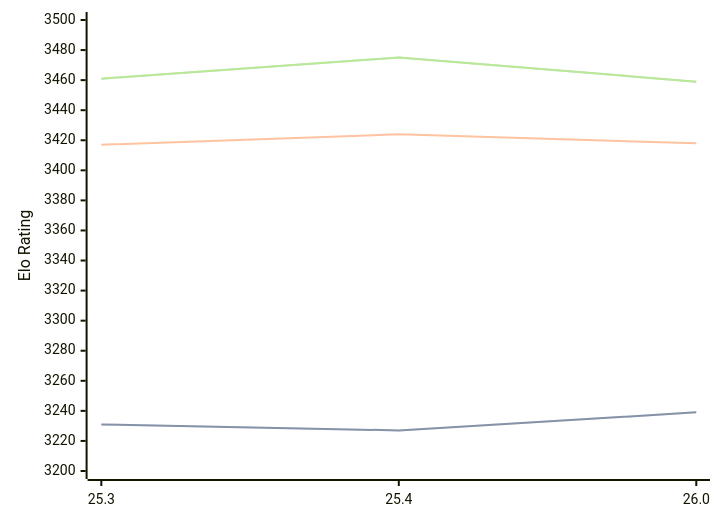
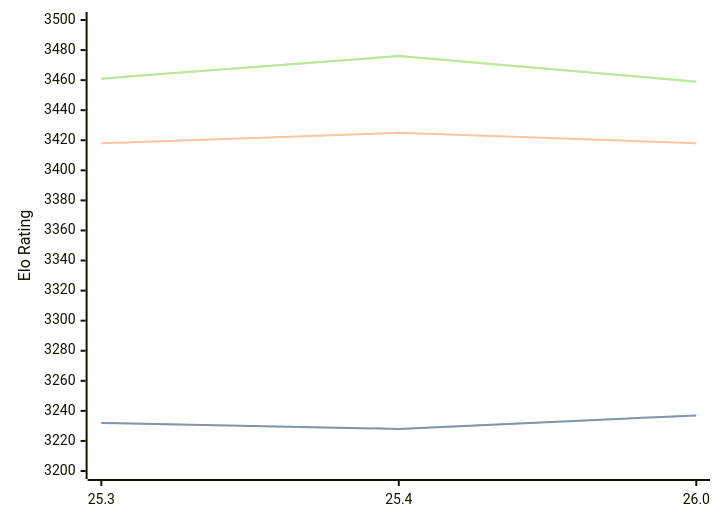
One commit to computer-chess-index/cci changed the diagram in engines/Arasan.md. Above: the diagram before and after it, drawn with Mermaid. The commit also changed other lines of this file, not shown here.

Commit message:
Update CCI Ratings (ELO VLTC) - 2026-08-05

````diff
--- a/engines/Arasan.md
+++ b/engines/Arasan.md
@@ -34,11 +34,11 @@
 ```mermaid
 %%{init: {"theme":"base","themeVariables":{"seriesColors:['#a3a3a3','#222221','#faa371']}}}%%
 xychart-beta
   x-axis ["25.3", "25.4", "26.0"]
   y-axis "Elo Rating" 3200 --> 3500
-  line "STC (8.0+0.08s)" [3231, 3227, 3239]
-  line "STC (8.0+0.08s)" [3231, 3227, 3239]
-  line "LTC (60.0+0.60s)" [3417, 3424, 3418]
-  line "VLTC (2m24s+1.12s)" [3461, 3475, 3459]
-  line "VLTC (2m24s+1.12s)" [3461, 3475, 3459]
+  line "STC (8.0+0.08s)" [3232, 3228, 3237]
+  line "STC (8.0+0.08s)" [3232, 3228, 3237]
+  line "LTC (60.0+0.60s)" [3418, 3425, 3418]
+  line "VLTC (2m24s+1.12s)" [3461, 3476, 3459]
+  line "VLTC (2m24s+1.12s)" [3461, 3476, 3459]
 ```
````
